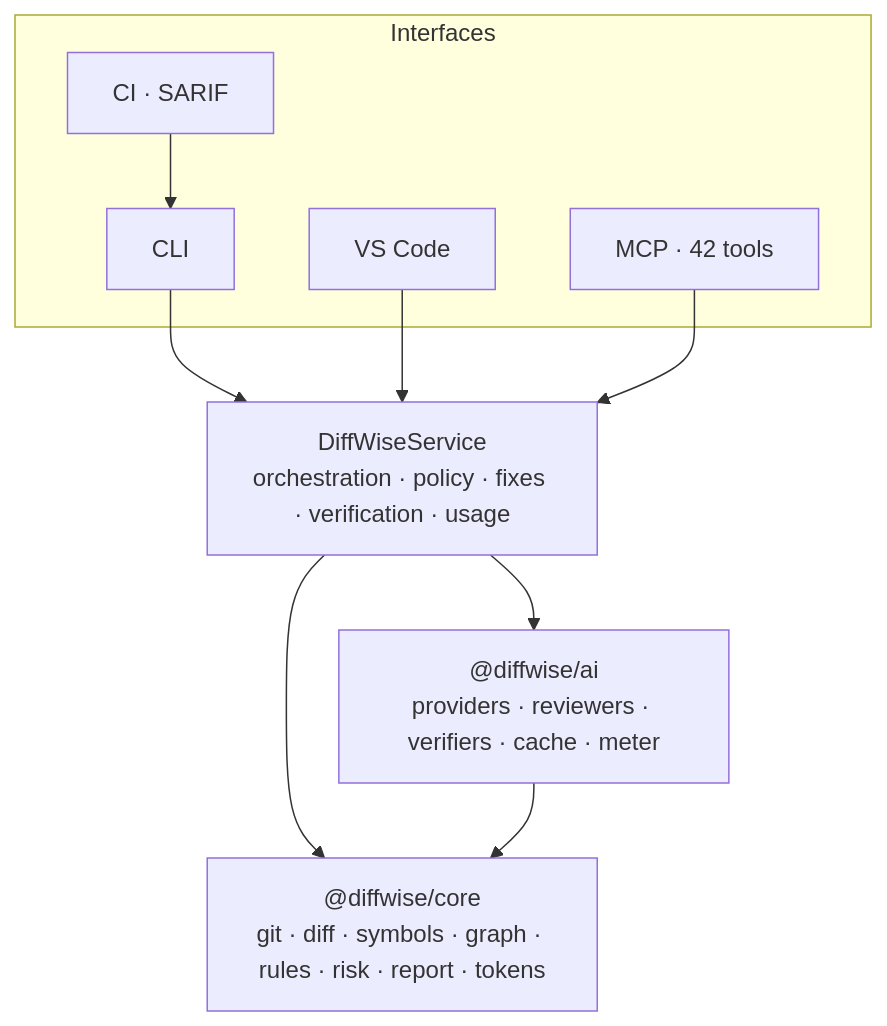
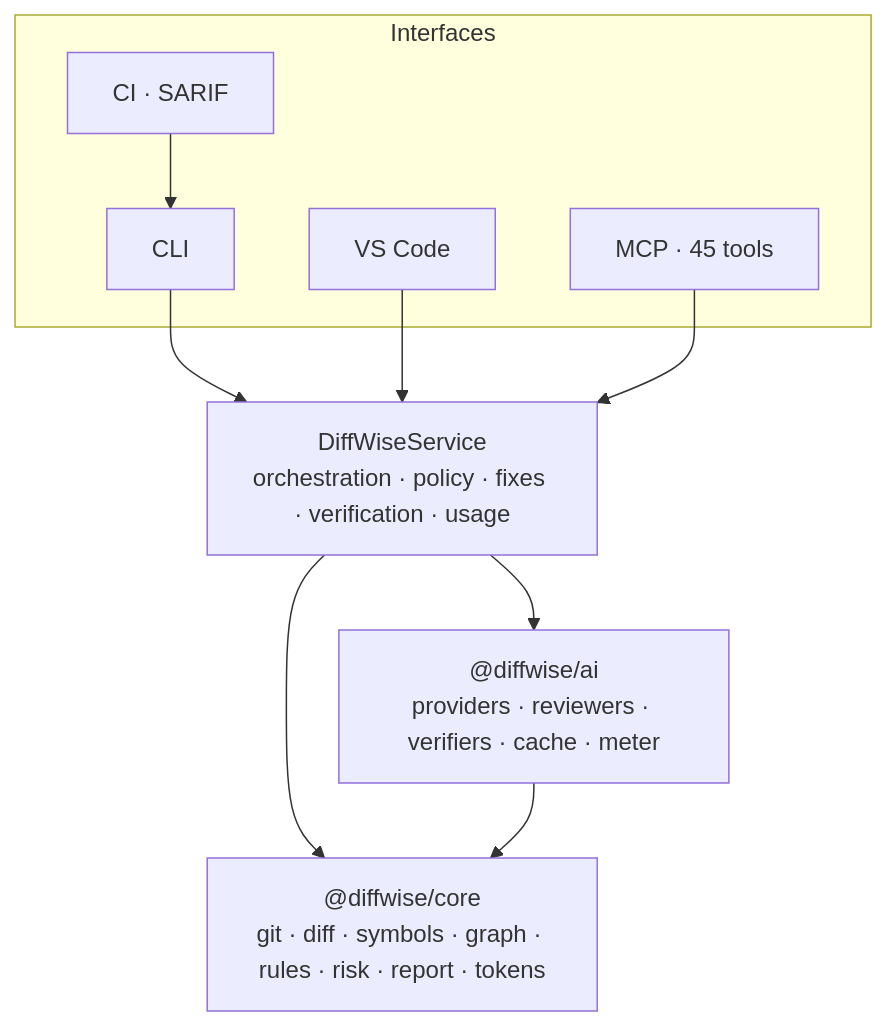
One commit to hungpt99-dev/DiffWise changed the diagram in README.md. Above: the diagram before and after it, drawn with Mermaid. The commit also changed other lines of this file and 83 other files, not shown here.

````diff
--- a/README.md
+++ b/README.md
@@ -230,19 +251,19 @@
 ```mermaid
 flowchart TB
   subgraph I["Interfaces"]
     cli["CLI"]
     vsc["VS Code"]
-    mcp["MCP · 42 tools"]
+    mcp["MCP · 45 tools"]
     ci["CI · SARIF"]
   end
   svc["DiffWiseService<br/>orchestration · policy · fixes · verification · usage"]
   core["@diffwise/core<br/>git · diff · symbols · graph · rules · risk · report · tokens"]
   ai["@diffwise/ai<br/>providers · reviewers · verifiers · cache · meter"]
   cli --> svc
   vsc --> svc
   mcp --> svc
   ci --> cli
   svc --> core
   svc --> ai
   ai --> core
 ```
````
